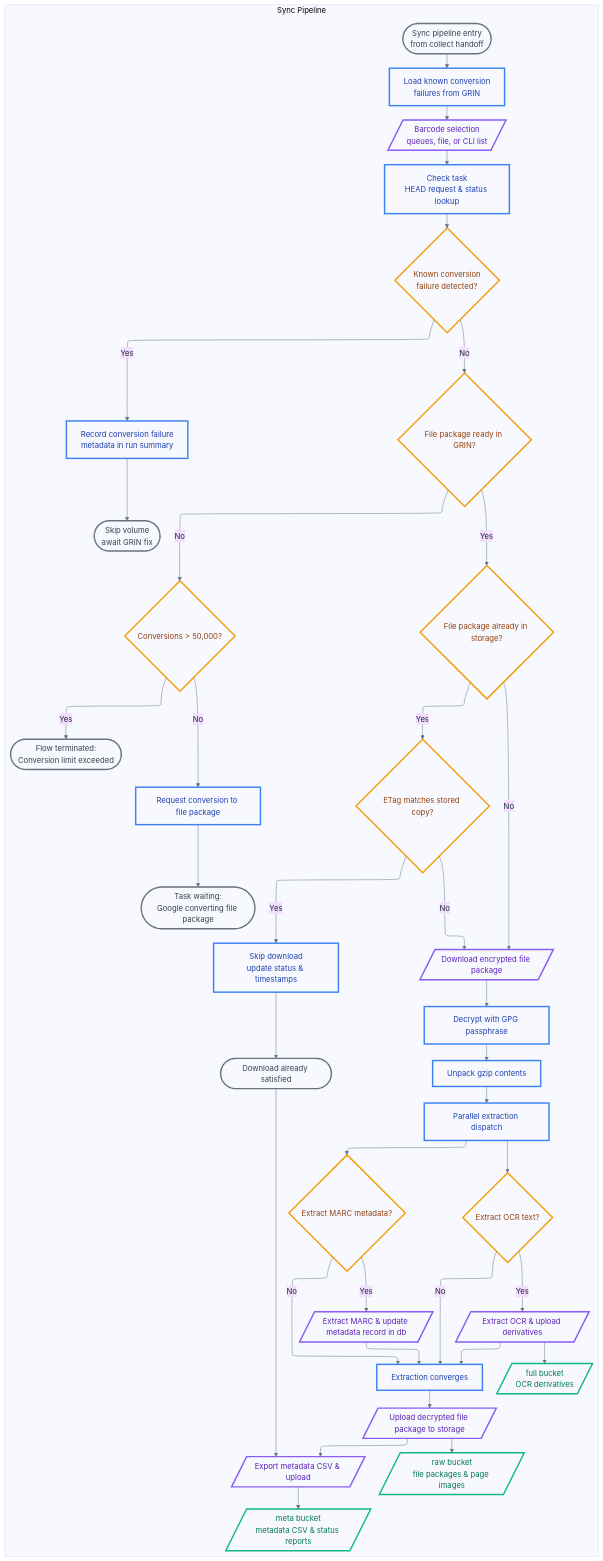
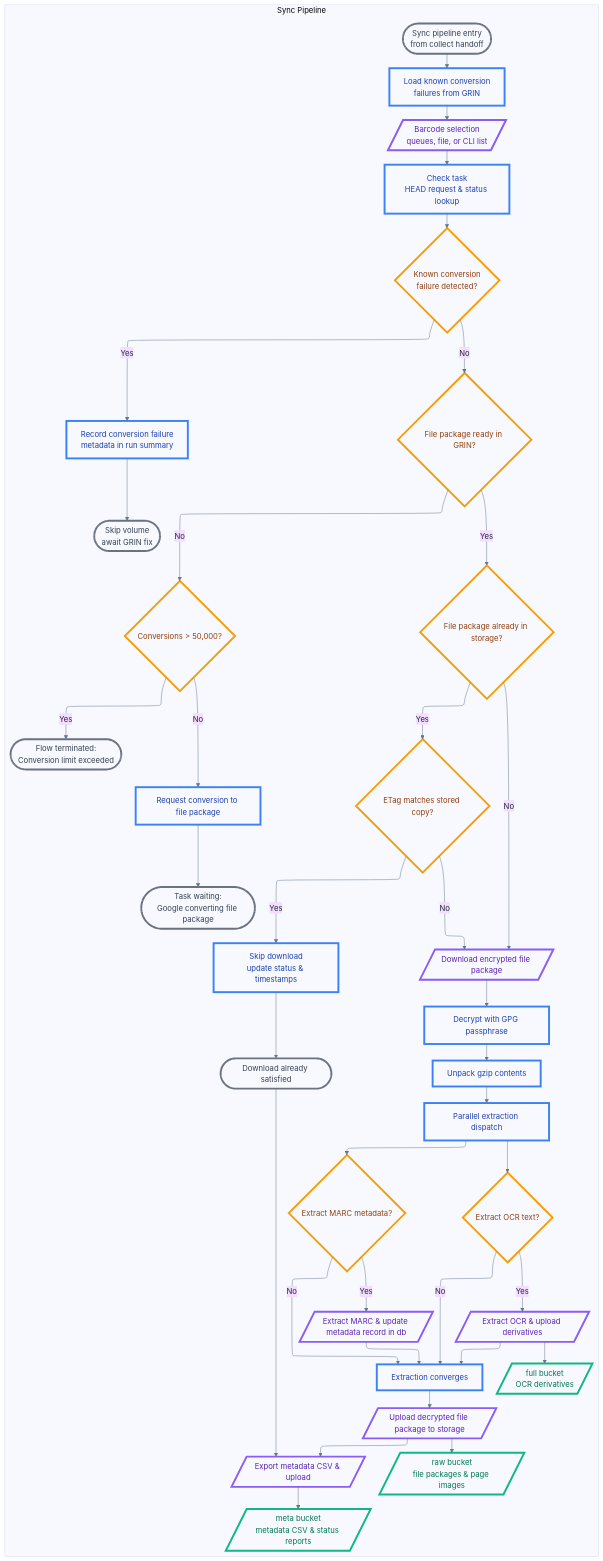
The diagram in docs/diagrams/sync-pipeline.mmd (institutional/grin-transfer), drawn with Mermaid before and after one commit. The commit also changed 19 other files, not shown here.

```diff
--- a/docs/diagrams/sync-pipeline.mmd
+++ b/docs/diagrams/sync-pipeline.mmd
@@ -1,44 +1,44 @@
 %%{init: {"theme": "base", "themeVariables": {"primaryTextColor": "#1e293b", "primaryBorderColor": "#475569", "lineColor": "#64748b", "background": "transparent", "mainBkg": "transparent", "secondBkg": "transparent"}, "flowchart": {"defaultRenderer": "elk", "elk": {"elk.direction": "DOWN"}}}}%%
 flowchart TD
     subgraph Sync Pipeline
         SyncStart([Sync pipeline entry<br/>from collect handoff]):::terminal --> FailureCatalog[Load known conversion<br/>failures from GRIN]:::process
         FailureCatalog --> I[/Barcode selection<br/>queues, file, or CLI list/]:::io
         I --> J[Check task<br/>HEAD request & status lookup]:::process
         J --> FailureCheck{Known conversion<br/>failure detected?}:::decision
         FailureCheck -->|Yes| FailureTrack[Record conversion failure<br/>metadata in run summary]:::process
         FailureTrack --> FailureExit([Skip volume<br/>await GRIN fix]):::terminal
         FailureCheck -->|No| K{File package ready in GRIN?}:::decision
         K -->|No| ConversionCheck{Conversions > 50,000?}:::decision
         ConversionCheck -->|Yes| Terminate([Flow terminated:<br/>Conversion limit exceeded]):::terminal
         ConversionCheck -->|No| L[Request conversion to file package]:::process
         L --> Waiting([Task waiting:<br/>Google converting file package]):::terminal
         K -->|Yes| M{File package already in storage?}:::decision
         M -->|No| O[/Download encrypted file package/]:::io
         M -->|Yes| N{ETag matches stored copy?}:::decision
         N -->|Yes| P[Skip download<br/>update status & timestamps]:::process
         P --> P_done([Download already satisfied]):::terminal
         N -->|No| O
         P_done --> Q[/Export metadata CSV & upload/]:::io
         O --> R[Decrypt with GPG passphrase]:::process
         R --> S[Unpack gzip contents]:::process
         S --> Fork[Parallel extraction dispatch]:::process
         Fork --> T{Extract MARC metadata?}:::decision
         Fork --> X{Extract OCR text?}:::decision
         T -->|Yes| U[/Extract MARC & update metadata record in db/]:::io
         T -->|No| Merge[Extraction converges]:::process
         U --> Merge
         X -->|Yes| Y[/Extract OCR & upload derivatives/]:::io
         X -->|No| Merge
         Y --> FullBucket[/full bucket<br/>OCR derivatives/]:::storage
         Y --> Merge
         Merge --> AA[/Upload decrypted file package to storage/]:::io
         AA --> RawBucket[/raw bucket<br/>file packages & page images/]:::storage
         AA --> Q
         Q --> MetaBucket[/meta bucket<br/>metadata CSV & status reports/]:::storage
     end
 
-    classDef terminal fill:none,stroke:#6b7280,stroke-width:3px,color:#374151
-    classDef process fill:none,stroke:#3b82f6,stroke-width:3px,color:#1e40af
-    classDef decision fill:none,stroke:#f59e0b,stroke-width:3px,color:#92400e
-    classDef storage fill:none,stroke:#10b981,stroke-width:3px,color:#047857
-    classDef io fill:none,stroke:#8b5cf6,stroke-width:3px,color:#5b21b6
+    classDef terminal fill:none,stroke:#6b7280,stroke-width:4px,color:#374151
+    classDef process fill:none,stroke:#3b82f6,stroke-width:4px,color:#1e40af
+    classDef decision fill:none,stroke:#f59e0b,stroke-width:4px,color:#92400e
+    classDef storage fill:none,stroke:#10b981,stroke-width:4px,color:#047857
+    classDef io fill:none,stroke:#8b5cf6,stroke-width:4px,color:#5b21b6
```
